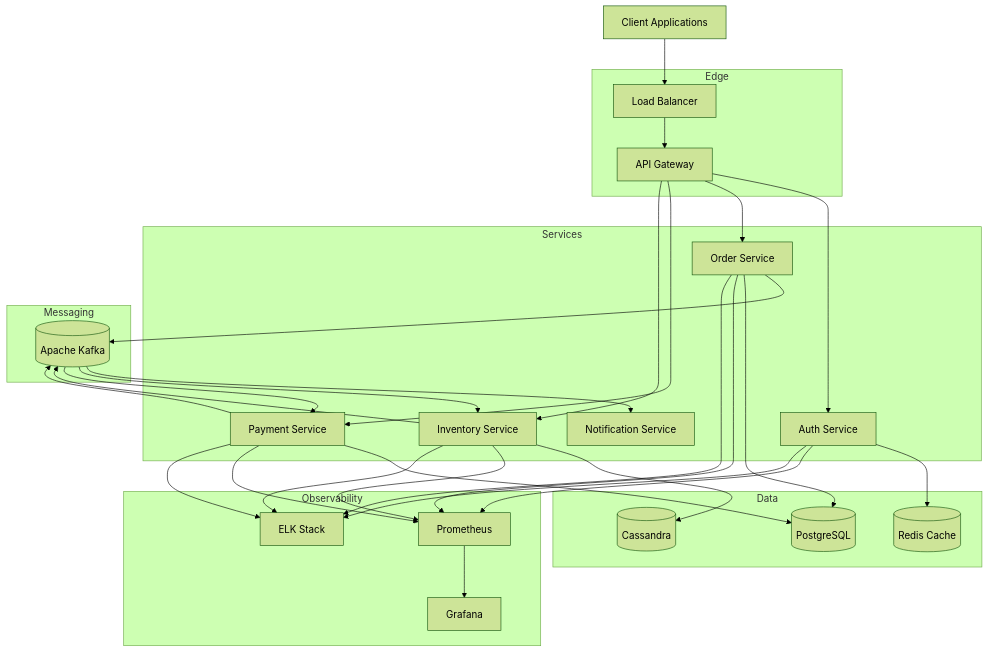
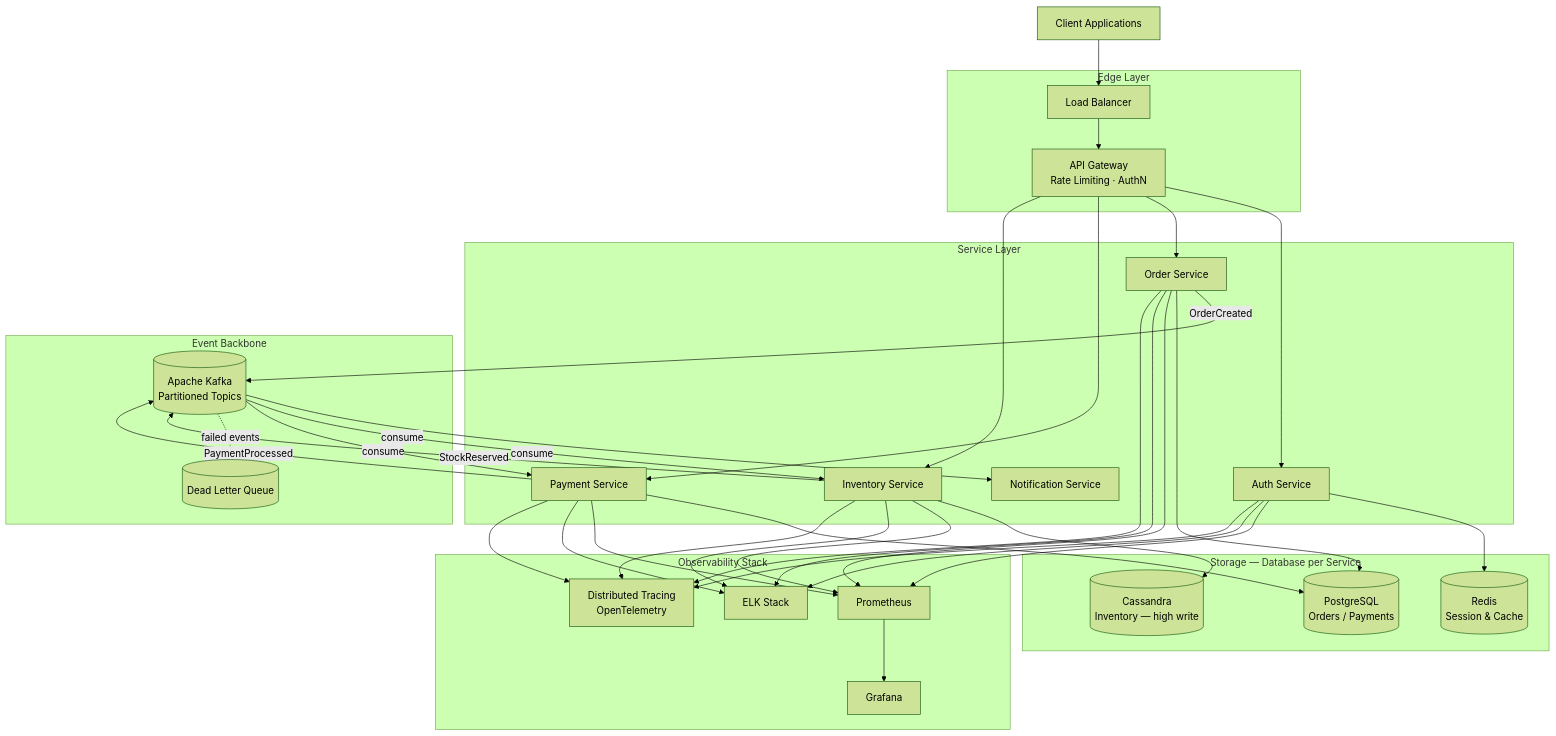
One commit to jeshwinwilliam/jeshwinwilliam changed the first of 2 diagrams in README.md. Above: the diagram before and after it, drawn with Mermaid (forest theme). The commit also changed other lines of this file, not shown here.

````diff
--- a/README.md
+++ b/README.md
@@ -84,67 +52,59 @@
 ```mermaid
 flowchart TB
-
     Client[Client Applications]
 
-    subgraph Edge
+    subgraph Edge["Edge Layer"]
         LB[Load Balancer]
-        APIGW[API Gateway]
+        APIGW[API Gateway<br/>Rate Limiting · AuthN]
     end
 
-    subgraph Services
+    subgraph Services["Service Layer"]
         Auth[Auth Service]
         Order[Order Service]
         Payment[Payment Service]
         Inventory[Inventory Service]
         Notification[Notification Service]
     end
 
-    subgraph Messaging
-        Kafka[(Apache Kafka)]
+    subgraph Messaging["Event Backbone"]
+        Kafka[(Apache Kafka<br/>Partitioned Topics)]
+        DLQ[(Dead Letter Queue)]
     end
 
-    subgraph Data
-        PG[(PostgreSQL)]
-        Redis[(Redis Cache)]
-        Cassandra[(Cassandra)]
+    subgraph Data["Storage — Database per Service"]
+        PG[(PostgreSQL<br/>Orders / Payments)]
+        Redis[(Redis<br/>Session & Cache)]
+        Cassandra[(Cassandra<br/>Inventory — high write)]
     end
 
-    subgraph Observability
+    subgraph Observability["Observability Stack"]
         Prometheus[Prometheus]
         Grafana[Grafana]
         ELK[ELK Stack]
+        Tracing[Distributed Tracing<br/>OpenTelemetry]
     end
 
-    Client --> LB
-    LB --> APIGW
-
+    Client --> LB --> APIGW
     APIGW --> Auth
     APIGW --> Order
     APIGW --> Payment
     APIGW --> Inventory
 
-    Order --> Kafka
-    Payment --> Kafka
-    Inventory --> Kafka
-
-    Kafka --> Notification
-    Kafka --> Inventory
-    Kafka --> Payment
+    Order -- OrderCreated --> Kafka
+    Payment -- PaymentProcessed --> Kafka
+    Inventory -- StockReserved --> Kafka
+    Kafka -- consume --> Notification
+    Kafka -- consume --> Inventory
+    Kafka -- consume --> Payment
+    Kafka -. failed events .-> DLQ
 
     Auth --> Redis
     Order --> PG
     Payment --> PG
     Inventory --> Cassandra
 
-    Auth --> Prometheus
-    Order --> Prometheus
-    Payment --> Prometheus
-    Inventory --> Prometheus
-
+    Auth & Order & Payment & Inventory --> Prometheus
+    Auth & Order & Payment & Inventory --> ELK
+    Auth & Order & Payment & Inventory --> Tracing
     Prometheus --> Grafana
-
-    Auth --> ELK
-    Order --> ELK
-    Payment --> ELK
-    Inventory --> ELK
 ```
````
